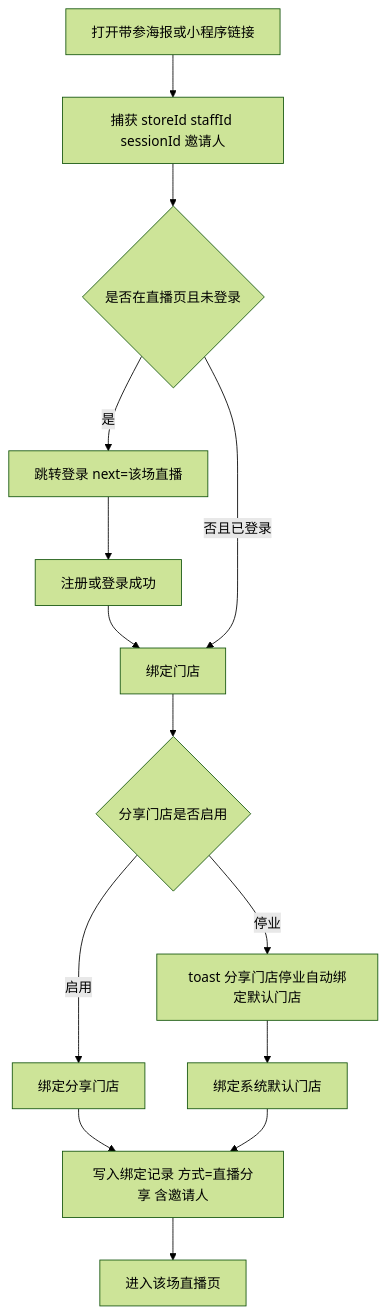
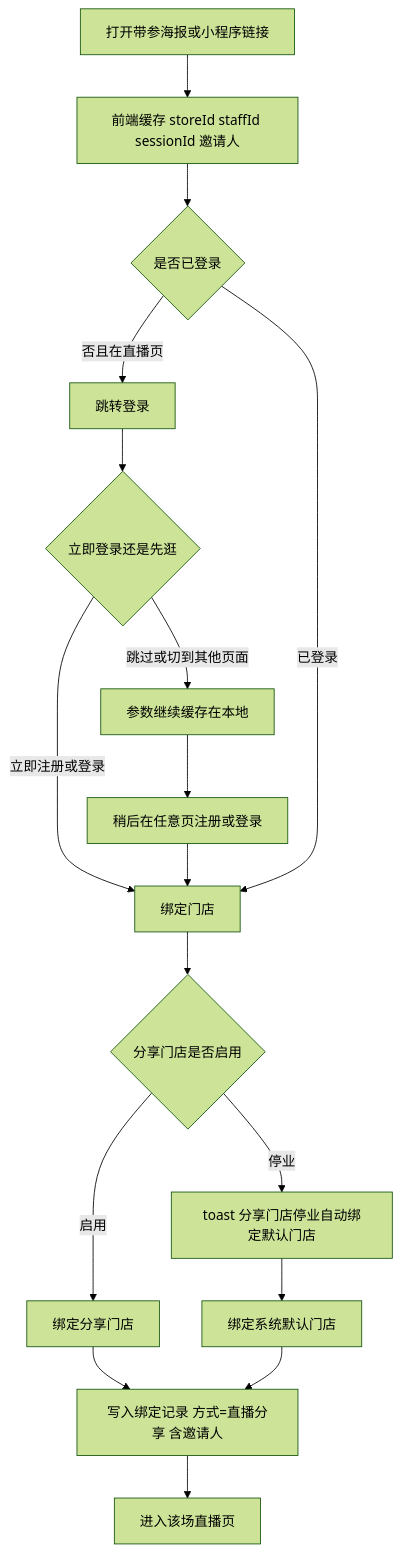
One commit to 342-droid/LFerp changed the sixth of 7 diagrams in prototype-prd/628-丰银宝支持通过分享冷丰鲜选直播场次链接绑定推广会员.md. Above: the diagram before and after it, drawn with Mermaid (forest theme). The commit also changed other lines of this file and 16 other files, not shown here.

````diff
--- a/prototype-prd/628-丰银宝支持通过分享冷丰鲜选直播场次链接绑定推广会员.md
+++ b/prototype-prd/628-丰银宝支持通过分享冷丰鲜选直播场次链接绑定推广会员.md
@@ -376,16 +395,19 @@
 ```mermaid
 flowchart TD
-  A[打开带参海报或小程序链接] --> B[捕获 storeId staffId sessionId 邀请人]
-  B --> C{是否在直播页且未登录}
-  C -->|是| D[跳转登录 next=该场直播]
-  D --> E[注册或登录成功]
-  E --> F[绑定门店]
-  C -->|否且已登录| F
-  F --> G{分享门店是否启用}
-  G -->|启用| H[绑定分享门店]
-  G -->|停业| I[toast 分享门店停业自动绑定默认门店]
-  I --> J[绑定系统默认门店]
-  H --> K[写入绑定记录 方式=直播分享 含邀请人]
-  J --> K
-  K --> L[进入该场直播页]
+  A[打开带参海报或小程序链接] --> B[前端缓存 storeId staffId sessionId 邀请人]
+  B --> C{是否已登录}
+  C -->|否且在直播页| D[跳转登录]
+  D --> E{立即登录还是先逛}
+  E -->|立即注册或登录| F[绑定门店]
+  E -->|跳过或切到其他页面| G[参数继续缓存在本地]
+  G --> H[稍后在任意页注册或登录]
+  H --> F
+  C -->|已登录| F
+  F --> I{分享门店是否启用}
+  I -->|启用| J[绑定分享门店]
+  I -->|停业| K[toast 分享门店停业自动绑定默认门店]
+  K --> L[绑定系统默认门店]
+  J --> M[写入绑定记录 方式=直播分享 含邀请人]
+  L --> M
+  M --> N[进入该场直播页]
 ```
````
